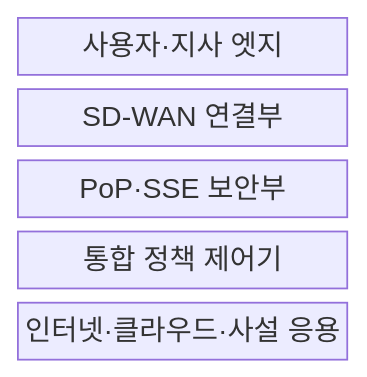
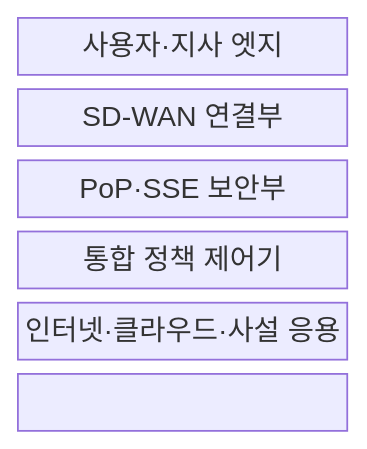
Before and after one commit to agnusdei1207/knowledge-base: the first of 2 diagrams in src/content/docs/notes/04-network/090_sase.md, drawn with Mermaid. The commit also changed other lines of this file and 122 other files, not shown here.

````diff
--- a/src/content/docs/notes/04-network/090_sase.md
+++ b/src/content/docs/notes/04-network/090_sase.md
@@ -52,9 +52,11 @@
 ```mermaid
 block-beta
     columns 1
     EDGE["사용자·지사 엣지"]
     SDWAN["SD-WAN 연결부"]
     POP["PoP·SSE 보안부"]
     POLICY["통합 정책 제어기"]
     APP["인터넷·클라우드·사설 응용"]
+    EDGE --- SDWAN --- POP
+    POP --- POLICY --- APP
 ```
````
